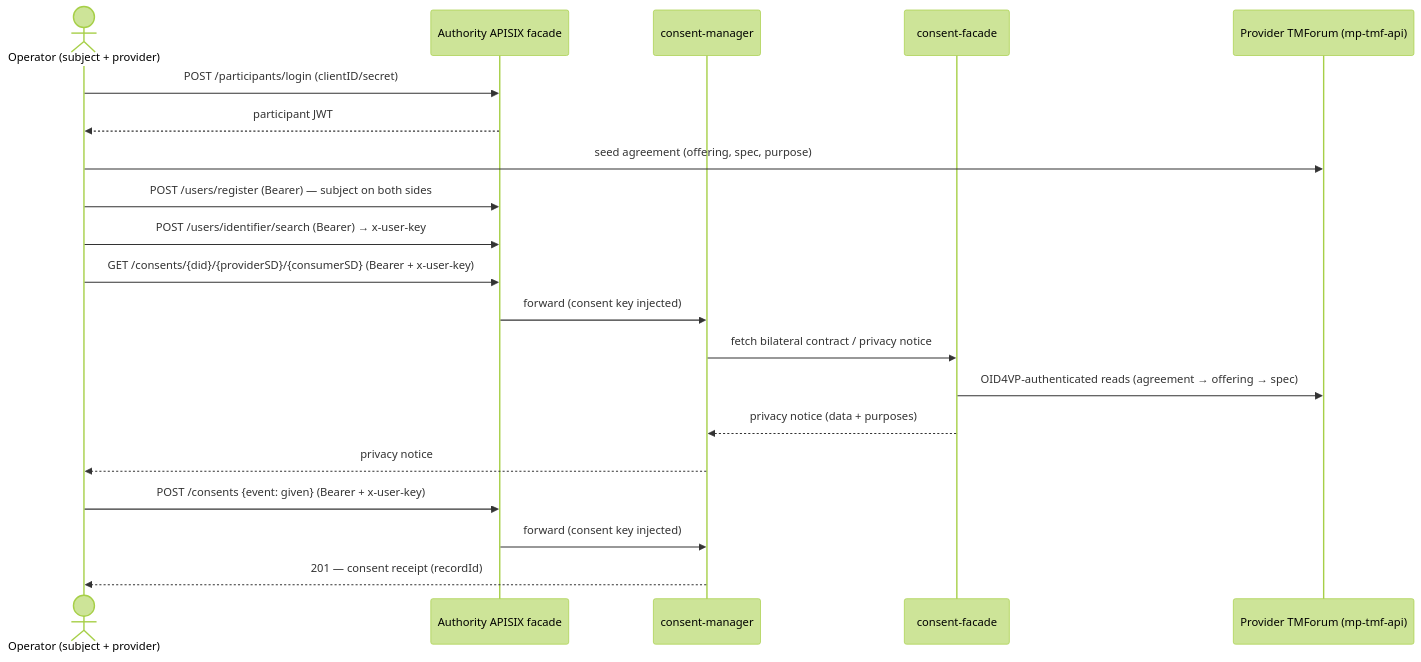
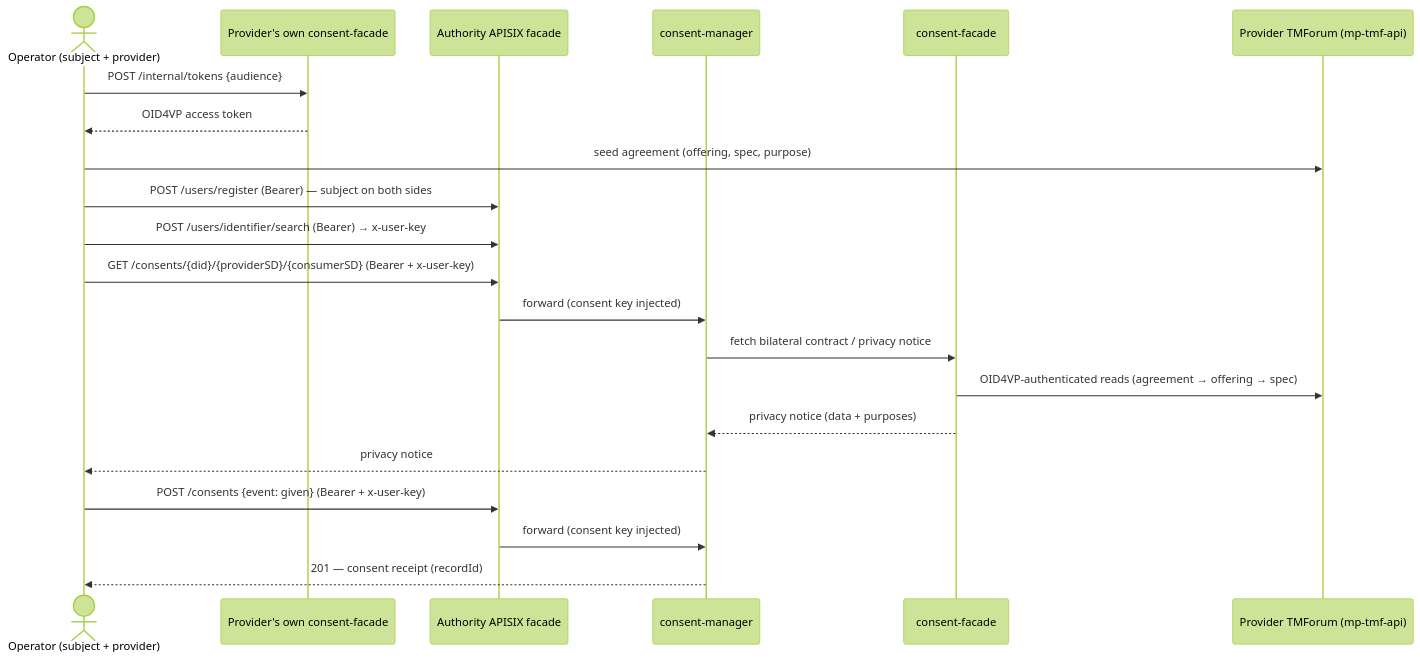
One commit to FIWARE/data-space-connector changed the third of 6 diagrams in doc/CONSENT_MANAGEMENT.md. Above: the diagram before and after it, drawn with Mermaid (forest theme). The commit also changed other lines of this file and 43 other files, not shown here.

````diff
--- a/doc/CONSENT_MANAGEMENT.md
+++ b/doc/CONSENT_MANAGEMENT.md
@@ -81,23 +307,24 @@
 ```mermaid
 sequenceDiagram
   actor op as Operator (subject + provider)
+  participant own as Provider's own consent-facade
   participant fac as Authority APISIX facade
   participant cm as consent-manager
   participant cf as consent-facade
   participant tmf as Provider TMForum (mp-tmf-api)
 
-  op->>fac: POST /participants/login (clientID/secret)
-  fac-->>op: participant JWT
+  op->>own: POST /internal/tokens {audience}
+  own-->>op: OID4VP access token
   op->>tmf: seed agreement (offering, spec, purpose)
   op->>fac: POST /users/register (Bearer) — subject on both sides
   op->>fac: POST /users/identifier/search (Bearer) → x-user-key
   op->>fac: GET /consents/{did}/{providerSD}/{consumerSD} (Bearer + x-user-key)
   fac->>cm: forward (consent key injected)
   cm->>cf: fetch bilateral contract / privacy notice
   cf->>tmf: OID4VP-authenticated reads (agreement → offering → spec)
   cf-->>cm: privacy notice (data + purposes)
   cm-->>op: privacy notice
   op->>fac: POST /consents {event: given} (Bearer + x-user-key)
   fac->>cm: forward (consent key injected)
   cm-->>op: 201 — consent receipt (recordId)
 ```
````
